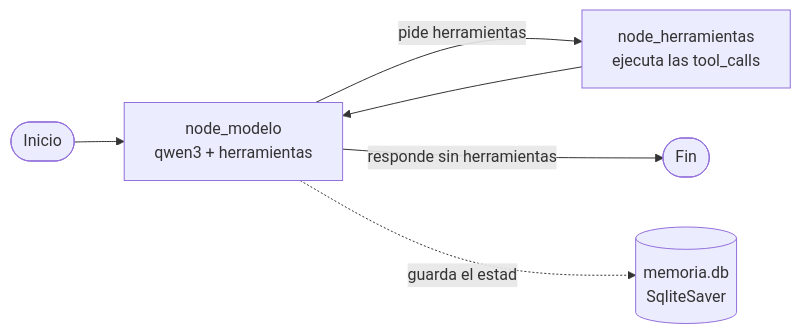
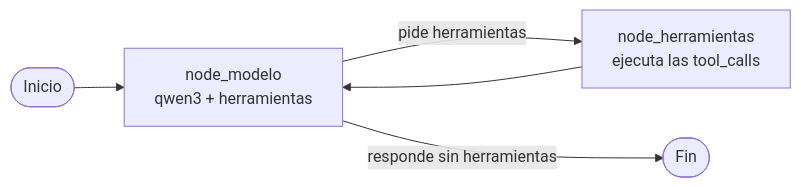
The first of 2 diagrams in README.md (Paublaner/Agente_IA_Local), drawn with Mermaid before and after one commit. The commit also changed other lines of this file, not shown here.

````diff
--- a/README.md
+++ b/README.md
@@ -23,8 +23,7 @@
 ```mermaid
 flowchart LR
     START([Inicio]) --> M[node_modelo<br/>qwen3 + herramientas]
     M -->|pide herramientas| H[node_herramientas<br/>ejecuta las tool_calls]
     H --> M
     M -->|responde sin herramientas| FIN([Fin])
-    M -.guarda el estado.-> DB[(memoria.db<br/>SqliteSaver)]
 ```
````
